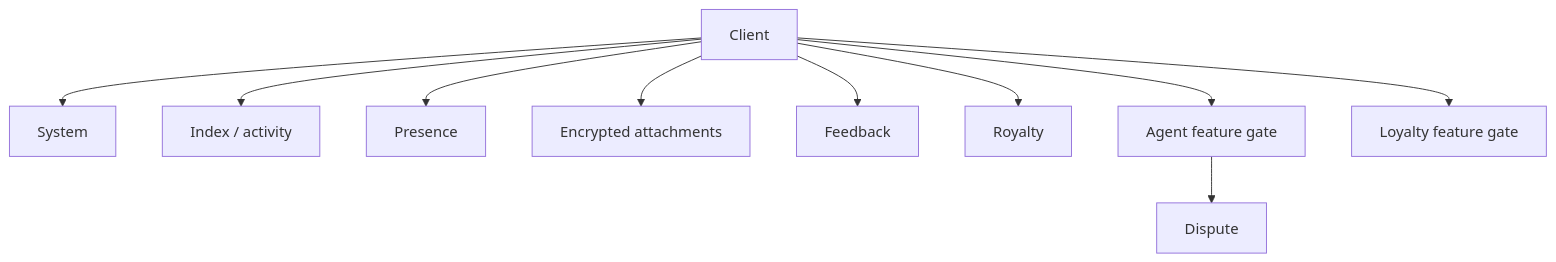
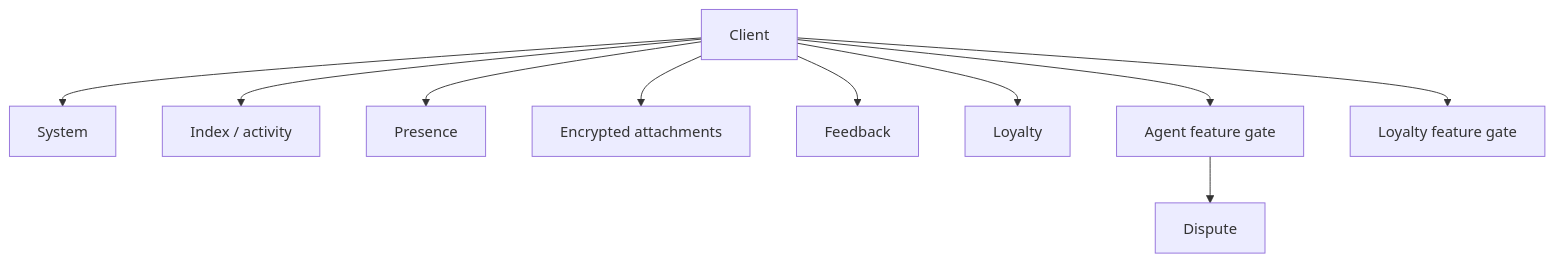
Before and after one commit to DXJLabs/vinss: the first of 4 diagrams in docs/technical/backend/api-reference.md, drawn with Mermaid. The commit also changed other lines of this file and 14 other files, not shown here.

````diff
--- a/docs/technical/backend/api-reference.md
+++ b/docs/technical/backend/api-reference.md
@@ -75,25 +75,25 @@
 ```mermaid
 flowchart TD
     CLIENT[Client]
 
     SYS[System]
     IDX[Index / activity]
     PRES[Presence]
     ATT[Encrypted attachments]
     FB[Feedback]
-    ROY[Royalty]
+    ROY[Loyalty]
 
     AG[Agent feature gate]
     DIS[Dispute]
     LOY[Loyalty feature gate]
 
     CLIENT --> SYS
     CLIENT --> IDX
     CLIENT --> PRES
     CLIENT --> ATT
     CLIENT --> FB
     CLIENT --> ROY
     CLIENT --> AG
     AG --> DIS
     CLIENT --> LOY
 ```
````
